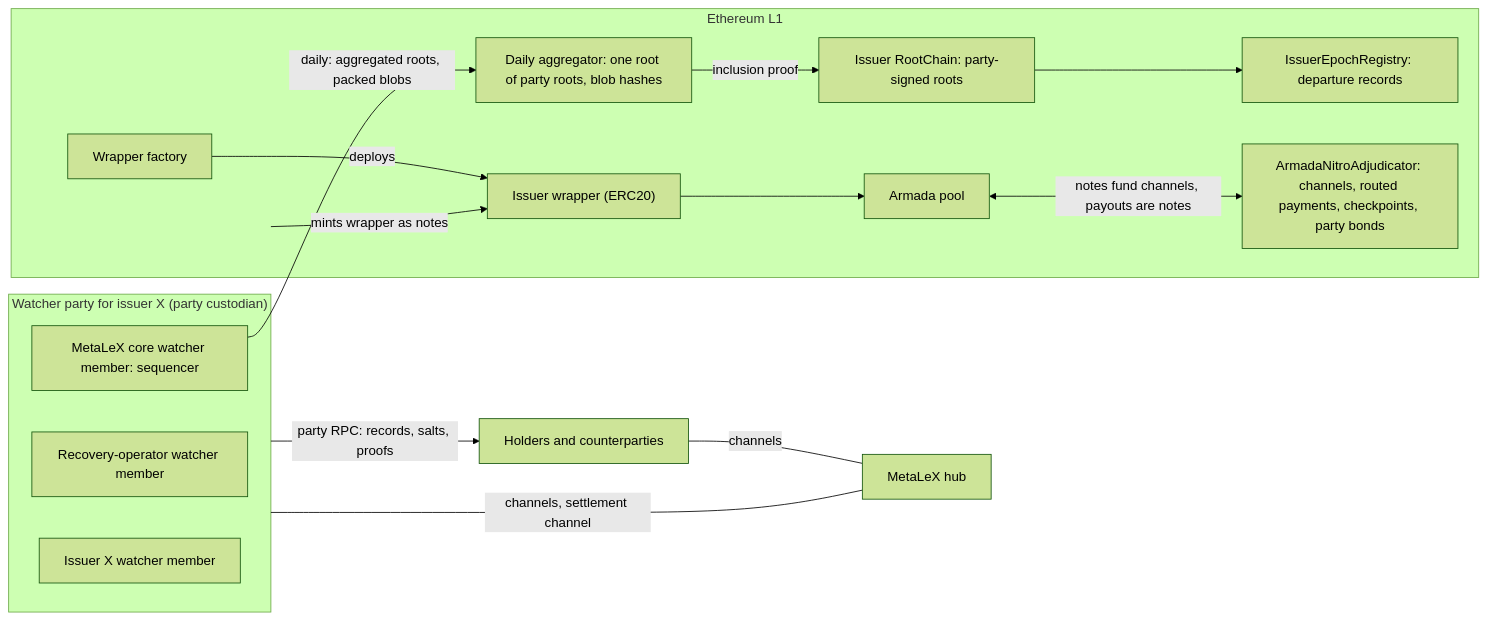
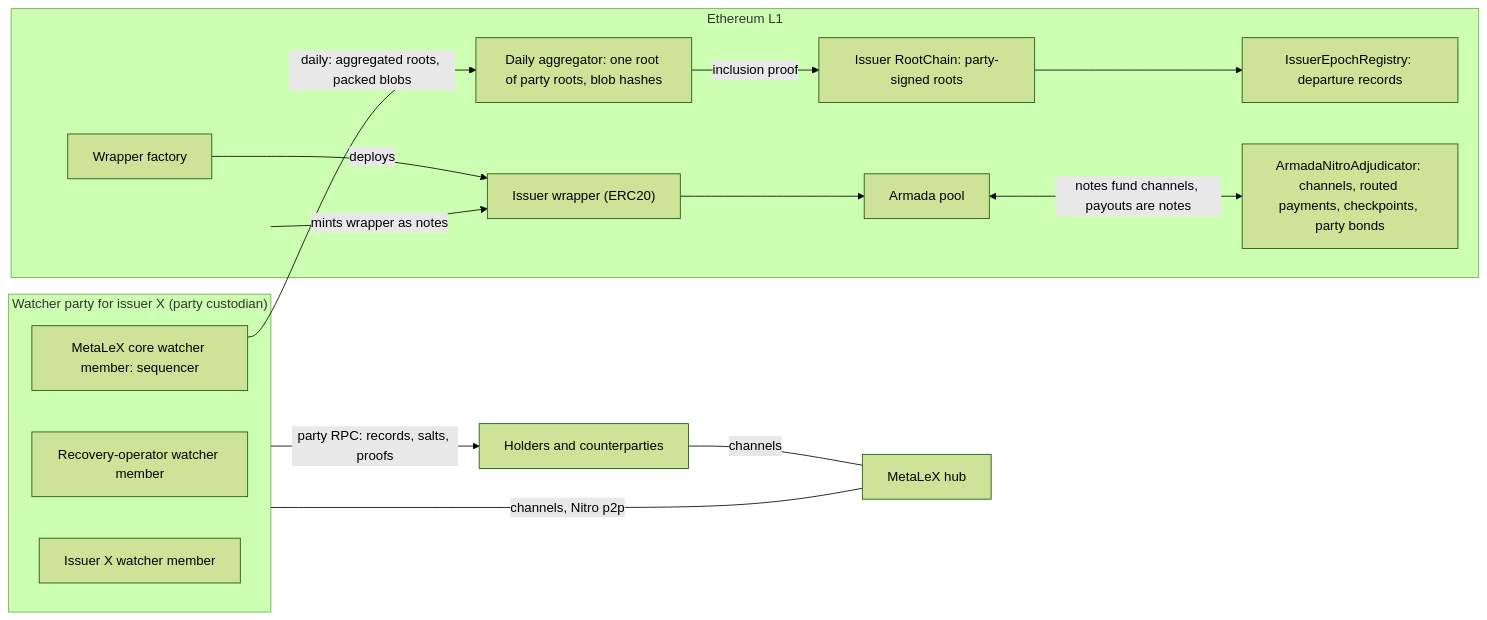
The first of 2 diagrams in system-design.md (AFDudley/metalex-on-armada), drawn with Mermaid (forest theme) before and after one commit. The commit also changed other lines of this file and 6 other files, not shown here.

Commit message:
Payments: a channel-balance contract fed by Nitro p2p

````diff
--- a/system-design.md
+++ b/system-design.md
@@ -31,29 +31,29 @@
 ```mermaid
 flowchart LR
  subgraph L1["Ethereum L1"]
   AG["Daily aggregator: one root of party roots, blob hashes"]
   RC["Issuer RootChain: party-signed roots"]
   WF["Wrapper factory"]
   WR["Issuer wrapper (ERC20)"]
   ER["IssuerEpochRegistry: departure records"]
   AN["ArmadaNitroAdjudicator: channels, routed payments, checkpoints, party bonds"]
   PP["Armada pool"]
  end
  subgraph WP["Watcher party for issuer X (party custodian)"]
   CORE["MetaLeX core watcher member: sequencer"]
   REC["Recovery-operator watcher member"]
   ISS["Issuer X watcher member"]
  end
  HUB["MetaLeX hub"]
  H["Holders and counterparties"]
  CORE -->|"daily: aggregated roots, packed blobs"| AG
  AG -->|"inclusion proof"| RC
  WF -->|"deploys"| WR
  WP -->|"mints wrapper as notes"| WR
  WR --> PP
  RC --> ER
  PP <-->|"notes fund channels, payouts are notes"| AN
  H ---|"channels"| HUB
- HUB ---|"channels, settlement channel"| WP
+ HUB ---|"channels, Nitro p2p"| WP
  WP -->|"party RPC: records, salts, proofs"| H
 ```
````
